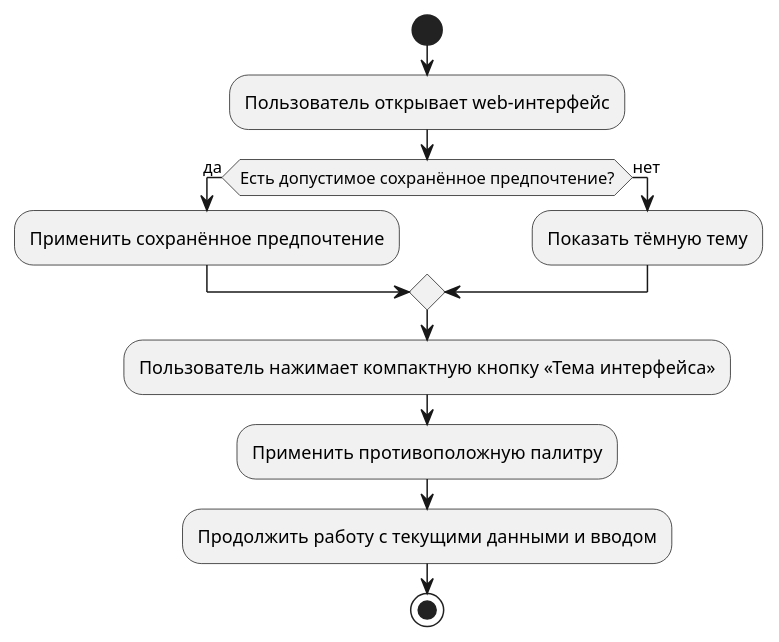
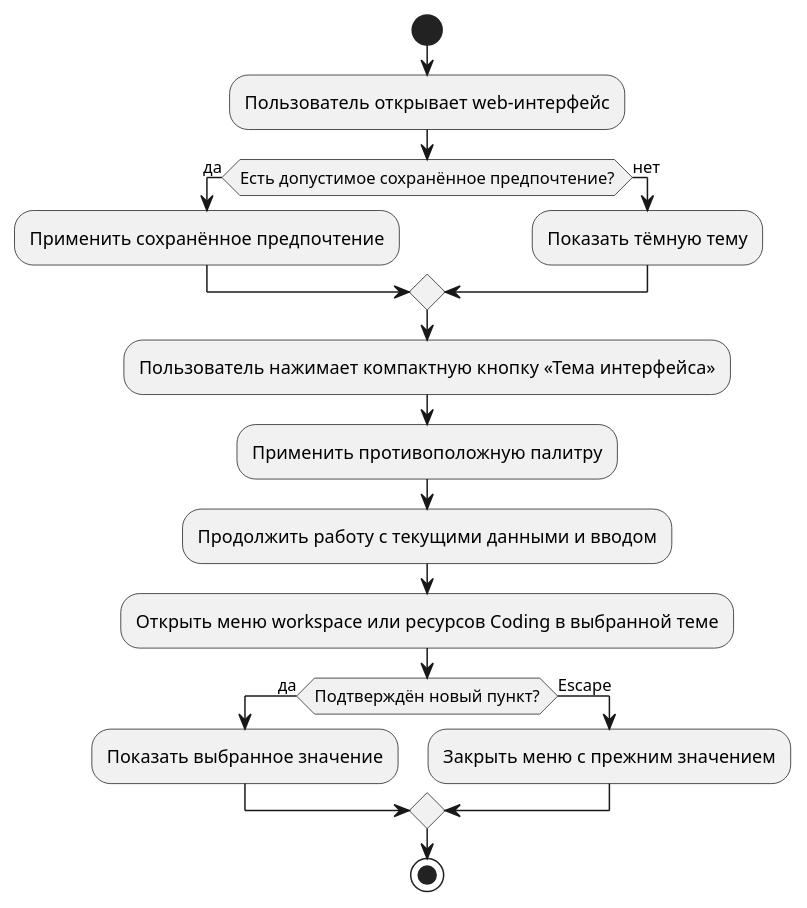
The diagram in openspec/specs/requirements/functional/fr-rh-019/spec.md (Adelphopoet/rhetorica), drawn with PlantUML before and after one commit. The commit also changed other lines of this file and 488 other files, not shown here.

````diff
--- a/openspec/specs/requirements/functional/fr-rh-019/spec.md
+++ b/openspec/specs/requirements/functional/fr-rh-019/spec.md
@@ -38,15 +38,21 @@
 ```plantuml
 @startuml
 start
 :Пользователь открывает web-интерфейс;
 if (Есть допустимое сохранённое предпочтение?) then (да)
   :Применить сохранённое предпочтение;
 else (нет)
   :Показать тёмную тему;
 endif
 :Пользователь нажимает компактную кнопку «Тема интерфейса»;
 :Применить противоположную палитру;
 :Продолжить работу с текущими данными и вводом;
+:Открыть меню workspace или ресурсов Coding в выбранной теме;
+if (Подтверждён новый пункт?) then (да)
+  :Показать выбранное значение;
+else (Escape)
+  :Закрыть меню с прежним значением;
+endif
 stop
 @enduml
 ```
````
